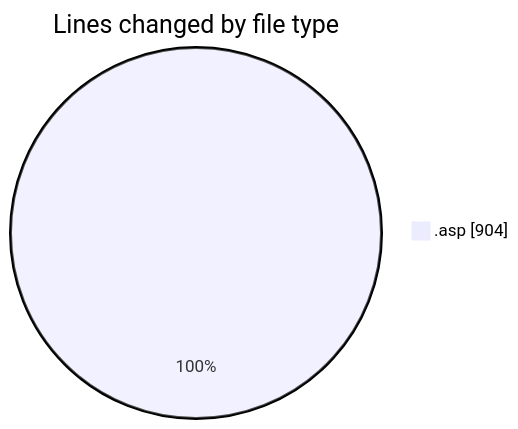
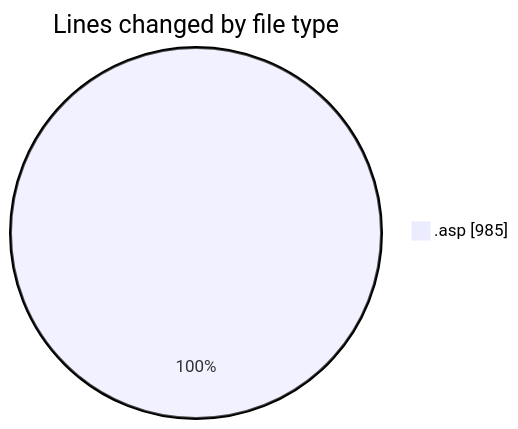
Before and after one commit to julien-gomy/code-tracking: the first of 2 diagrams in 2025-10-07/cdp_aleoudev_fr__workspace_/README.md, drawn with Mermaid. The commit also changed other lines of this file and 1 other file, not shown here.

````diff
--- a/2025-10-07/cdp_aleoudev_fr__workspace_/README.md
+++ b/2025-10-07/cdp_aleoudev_fr__workspace_/README.md
@@ -23,5 +23,5 @@
 ```mermaid
 pie showData
 title Lines changed by file type
-".asp" : 904
+".asp" : 985
 ```
````
